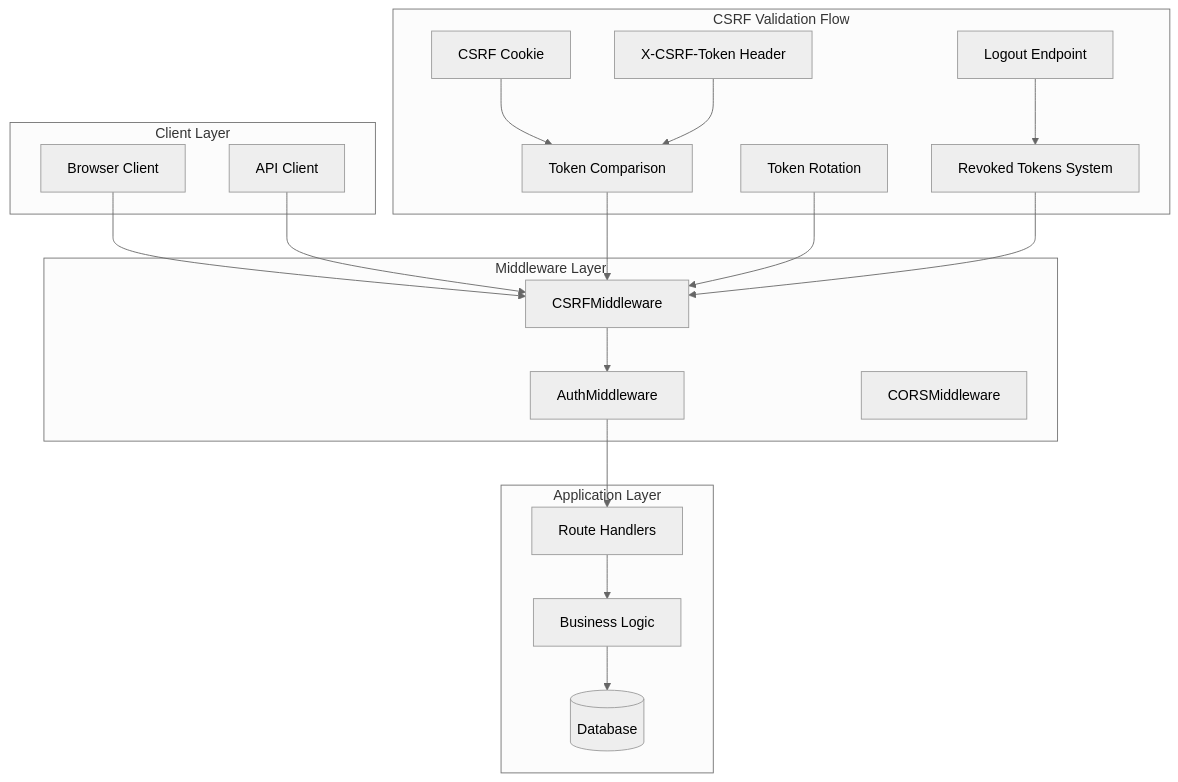
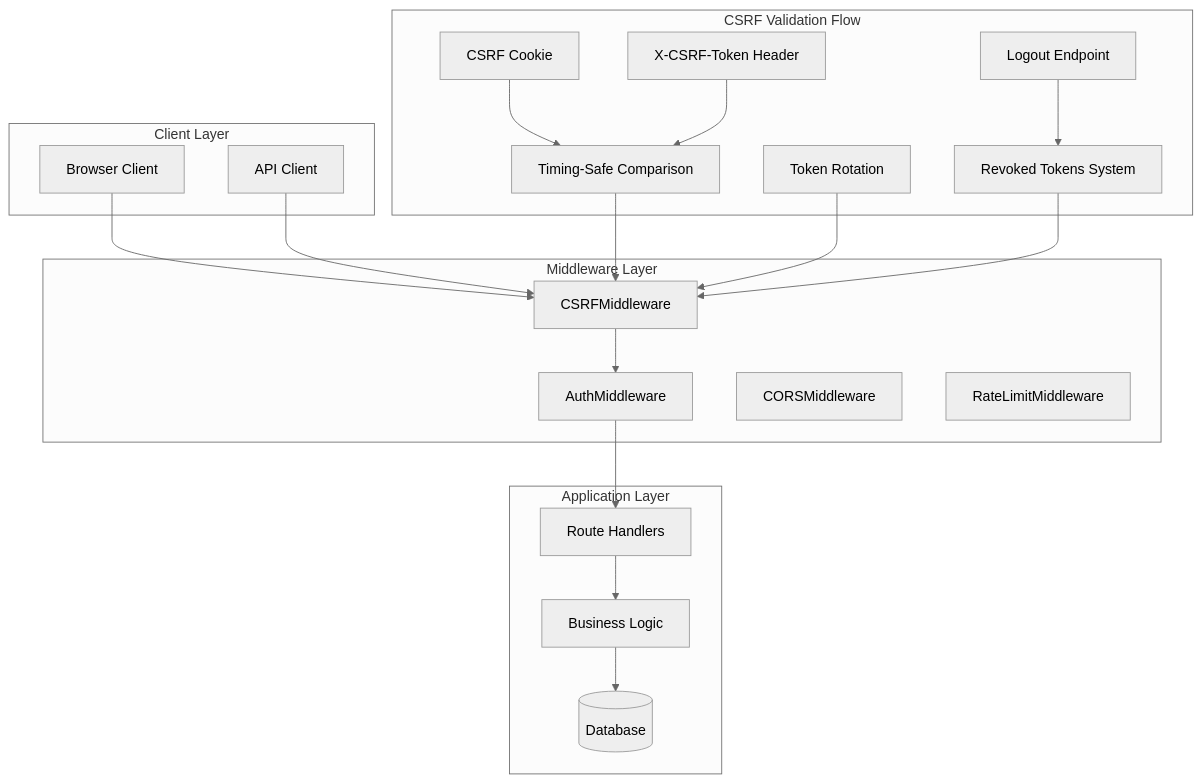
One commit to Revanththetalogics/aireume changed the first of 7 diagrams in .qoder/repowiki/en/content/Advanced Topics/Security Hardening/CSRF Protection Middleware.md. Above: the diagram before and after it, drawn with Mermaid (neutral theme). The commit also changed other lines of this file and 15 other files, not shown here.

````diff
--- a/.qoder/repowiki/en/content/Advanced Topics/Security Hardening/CSRF Protection Middleware.md
+++ b/.qoder/repowiki/en/content/Advanced Topics/Security Hardening/CSRF Protection Middleware.md
@@ -48,37 +48,38 @@
 ```mermaid
 graph TB
 subgraph "Client Layer"
 Browser[Browser Client]
 API[API Client]
 end
 subgraph "Middleware Layer"
 CSRF[CSRFMiddleware]
 Auth[AuthMiddleware]
 CORS[CORSMiddleware]
+RateLimit[RateLimitMiddleware]
 end
 subgraph "Application Layer"
 Routes[Route Handlers]
 Services[Business Logic]
 Database[(Database)]
 end
 Browser --> CSRF
 API --> CSRF
 CSRF --> Auth
 Auth --> Routes
 Routes --> Services
 Services --> Database
 subgraph "CSRF Validation Flow"
 Cookie[CSRF Cookie]
 Header[X-CSRF-Token Header]
-Validation[Token Comparison]
+Timing[Timing-Safe Comparison]
 Rotation[Token Rotation]
 Logout[Logout Endpoint]
 Revoked[Revoked Tokens System]
 end
-Cookie --> Validation
-Header --> Validation
-Validation --> CSRF
+Cookie --> Timing
+Header --> Timing
+Timing --> CSRF
 Rotation --> CSRF
 Logout --> Revoked
 Revoked --> CSRF
 ```
````
